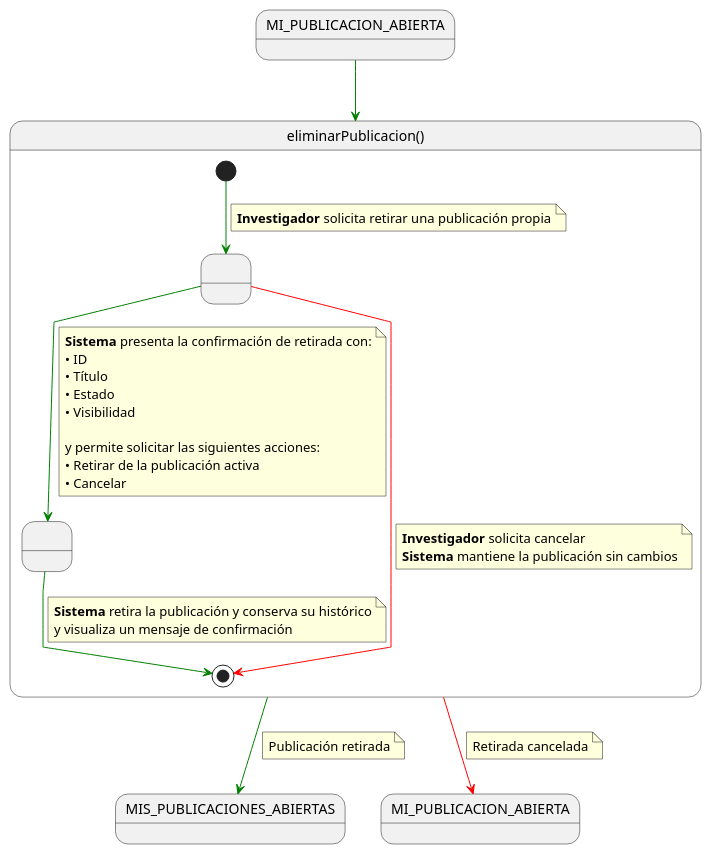
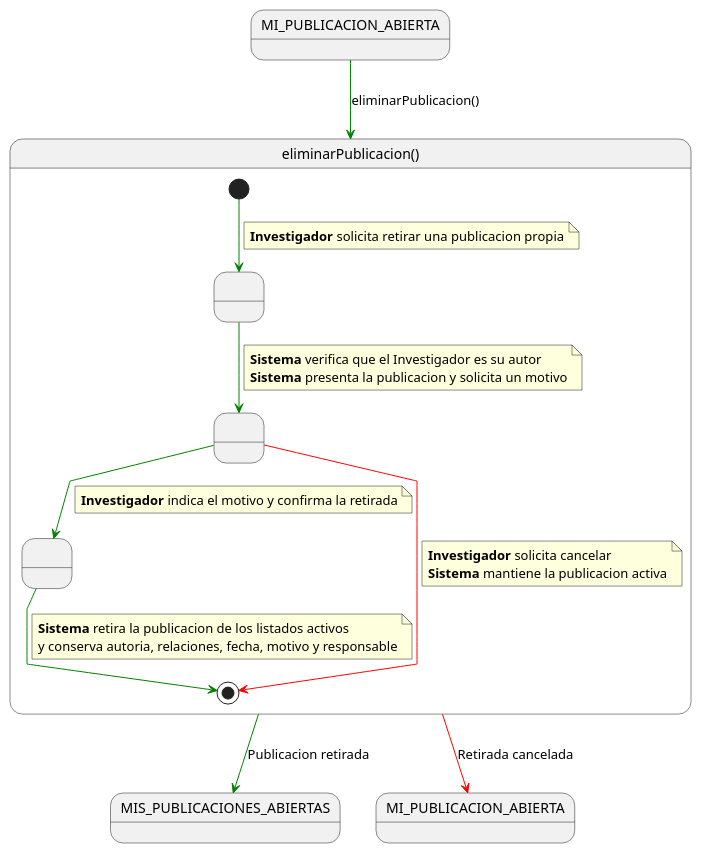
One commit to beatriizorozco/25-26-idsw2-sdVC changed the diagram in modelosUML/RUP/00-casos-uso/02-detalle/investigador/eliminarPublicacion/especificacion.puml. Above: the diagram before and after it, drawn with PlantUML. The commit also changed 44 other files, not shown here.

```diff
--- a/modelosUML/RUP/00-casos-uso/02-detalle/investigador/eliminarPublicacion/especificacion.puml
+++ b/modelosUML/RUP/00-casos-uso/02-detalle/investigador/eliminarPublicacion/especificacion.puml
@@ -1,53 +1,43 @@
 @startuml eliminarPublicacion
 skinparam linetype polyline
 
 state in1 as "MI_PUBLICACION_ABIERTA"
-in1 -[#green]-> eliminarPublicacion
+in1 -[#green]-> eliminarPublicacion : eliminarPublicacion()
 
 state eliminarPublicacion as "eliminarPublicacion()" {
+    state " " as VerificandoAutoria
+    state " " as ConfirmandoRetirada
+    state " " as PublicacionRetirada
 
-    state " " as ConfirmandoRetirada
-    state " " as Retirando
-
-    [*] -[#green]-> ConfirmandoRetirada
+    [*] -[#green]-> VerificandoAutoria
     note on link
-    <b>Investigador</b> solicita retirar una publicación propia
+    <b>Investigador</b> solicita retirar una publicacion propia
     end note
 
-    ConfirmandoRetirada -[#green]-> Retirando
+    VerificandoAutoria -[#green]-> ConfirmandoRetirada
     note on link
-    <b>Sistema</b> presenta la confirmación de retirada con:
-    • ID
-    • Título
-    • Estado
-    • Visibilidad
-
-    y permite solicitar las siguientes acciones:
-    • Retirar de la publicación activa
-    • Cancelar
+    <b>Sistema</b> verifica que el Investigador es su autor
+    <b>Sistema</b> presenta la publicacion y solicita un motivo
     end note
 
-    Retirando -[#green]-> [*]
+    ConfirmandoRetirada -[#green]-> PublicacionRetirada
     note on link
-    <b>Sistema</b> retira la publicación y conserva su histórico
-    y visualiza un mensaje de confirmación
+    <b>Investigador</b> indica el motivo y confirma la retirada
+    end note
+
+    PublicacionRetirada -[#green]-> [*]
+    note on link
+    <b>Sistema</b> retira la publicacion de los listados activos
+    y conserva autoria, relaciones, fecha, motivo y responsable
     end note
 
     ConfirmandoRetirada -[#red]-> [*]
     note on link
     <b>Investigador</b> solicita cancelar
-    <b>Sistema</b> mantiene la publicación sin cambios
+    <b>Sistema</b> mantiene la publicacion activa
     end note
 }
 
-eliminarPublicacion -[#green]-> MIS_PUBLICACIONES_ABIERTAS
-note on link
-Publicación retirada
-end note
-
-eliminarPublicacion -[#red]-> MI_PUBLICACION_ABIERTA
-note on link
-Retirada cancelada
-end note
-
+eliminarPublicacion -[#green]-> MIS_PUBLICACIONES_ABIERTAS : Publicacion retirada
+eliminarPublicacion -[#red]-> MI_PUBLICACION_ABIERTA : Retirada cancelada
 @enduml
```
